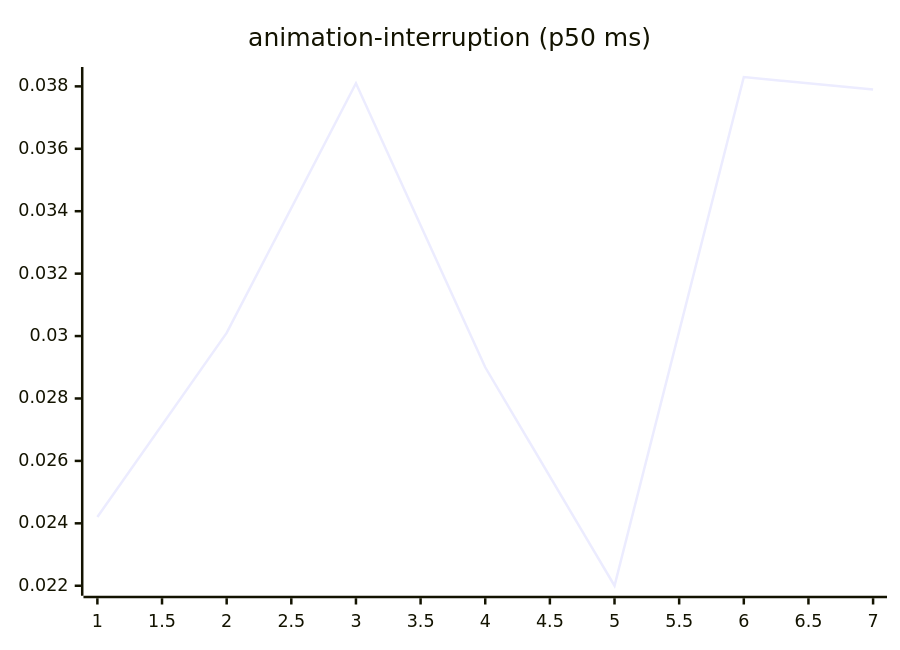
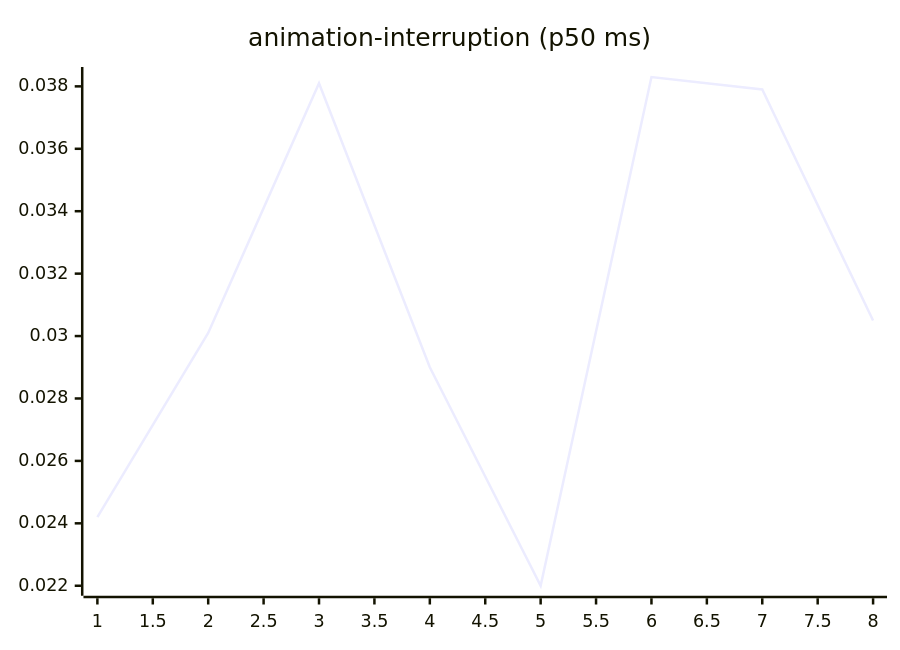
One commit to josha/Facet changed the third of 27 diagrams in README.md. Above: the diagram before and after it, drawn with Mermaid. The commit also changed other lines of this file and 2 other files, not shown here.

````diff
--- a/README.md
+++ b/README.md
@@ -77,6 +77,6 @@
 ```mermaid
 xychart-beta
     title "animation-interruption (p50 ms)"
-    x-axis 1 --> 7
-    line [0.0242, 0.0301, 0.0381, 0.0290, 0.0220, 0.0383, 0.0379]
+    x-axis 1 --> 8
+    line [0.0242, 0.0301, 0.0381, 0.0290, 0.0220, 0.0383, 0.0379, 0.0305]
 ```
````
